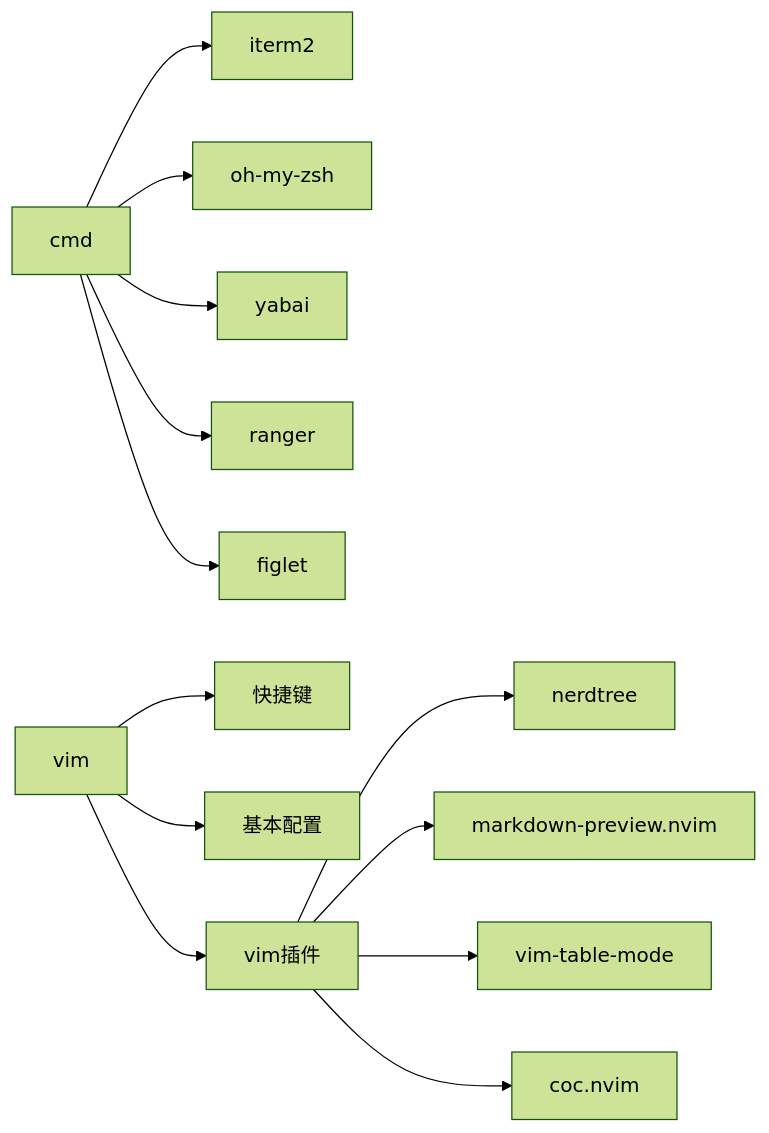
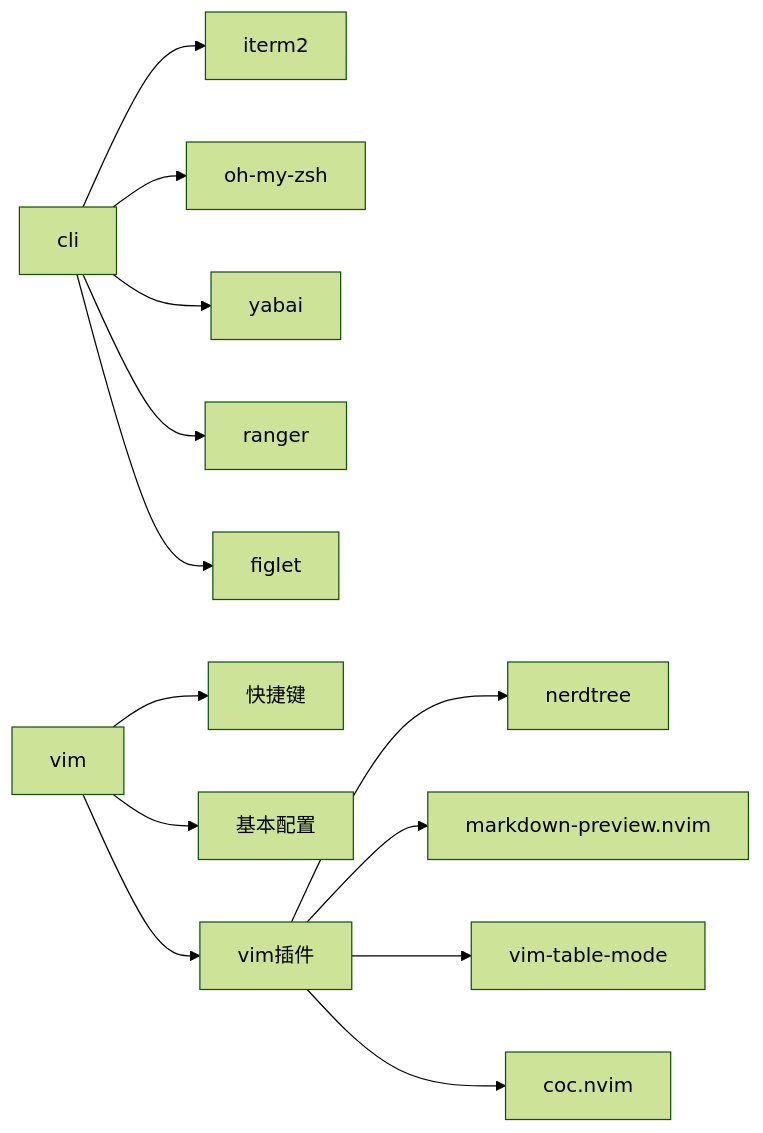
Before and after one commit to yixy/notes: the diagram in tools/CLI与Vim/attach.md, drawn with Mermaid (forest theme). The commit also changed 2 other files, not shown here.

Commit message:
add cs mind

````diff
--- a/tools/CLI与Vim/attach.md
+++ b/tools/CLI与Vim/attach.md
@@ -1,15 +1,15 @@
 ```mermaid
 graph LR
-cmd --> iterm2
-cmd --> oh-my-zsh
-cmd --> yabai
-cmd --> ranger
-cmd --> figlet
+cli --> iterm2
+cli --> oh-my-zsh
+cli --> yabai
+cli --> ranger
+cli --> figlet
 vim --> 快捷键
 vim --> 基本配置
 vim --> vim插件
 vim插件 --> nerdtree
 vim插件 --> markdown-preview.nvim
 vim插件 --> vim-table-mode
 vim插件 --> coc.nvim
 ```
````
